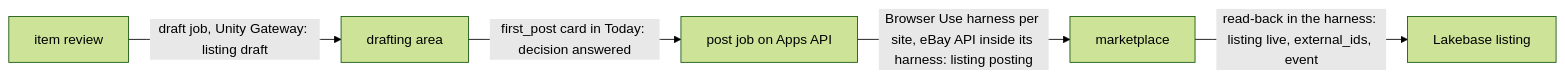
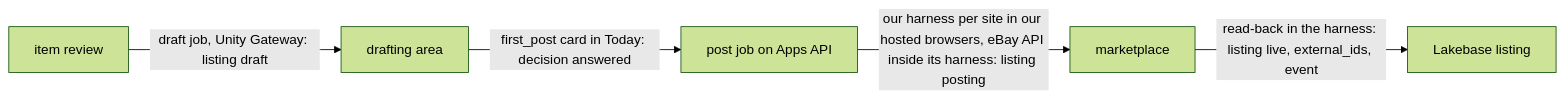
Before and after one commit to benverhaalen/secondhand: the fifth of 13 diagrams in spec/product.md, drawn with Mermaid (forest theme). The commit also changed other lines of this file and 24 other files, not shown here.

````diff
--- a/spec/product.md
+++ b/spec/product.md
@@ -806,7 +805,7 @@
 ```mermaid
 flowchart LR
   I["item review"] -->|"draft job, Unity Gateway: listing draft"| D["drafting area"]
   D -->|"first_post card in Today: decision answered"| P["post job on Apps API"]
-  P -->|"Browser Use harness per site, eBay API inside its harness: listing posting"| S["marketplace"]
+  P -->|"our harness per site in our hosted browsers, eBay API inside its harness: listing posting"| S["marketplace"]
   S -->|"read-back in the harness: listing live, external_ids, event"| L["Lakebase listing"]
 ```
````
